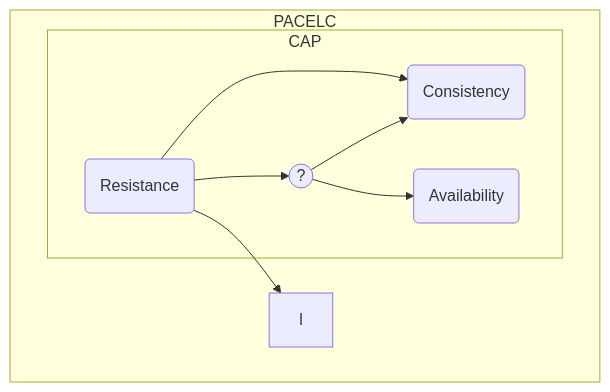
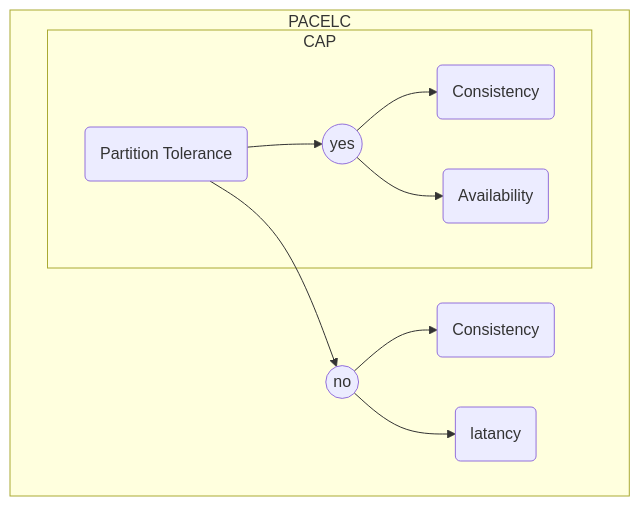
One commit to danzay42/Wiki changed the diagram in CS/Distributed System.md. Above: the diagram before and after it, drawn with Mermaid. The commit also changed other lines of this file, not shown here.

Commit message:
vault backup: 2023-10-28 20:20:42
Affected files:
CS/Distributed System.md

````diff
--- a/CS/Distributed System.md
+++ b/CS/Distributed System.md
@@ -19,14 +12,16 @@
 ```mermaid
 flowchart TD
 	subgraph PACELC
-		p(Resistance)
 		subgraph CAP
-			x1((?))
+			p(Partition Tolerance)
 			c(Consistency)
 			a(Availability)
-			p --> x1
-			x1 --> c & a
+			x((yes))
+			p --> x --> c & a
 		end
-		p --> c & l
+		c1(Consistency)
+		l(latancy)
+		x1((no))
+		p --> x1 --> c1 & l
 	end
 ```
````
